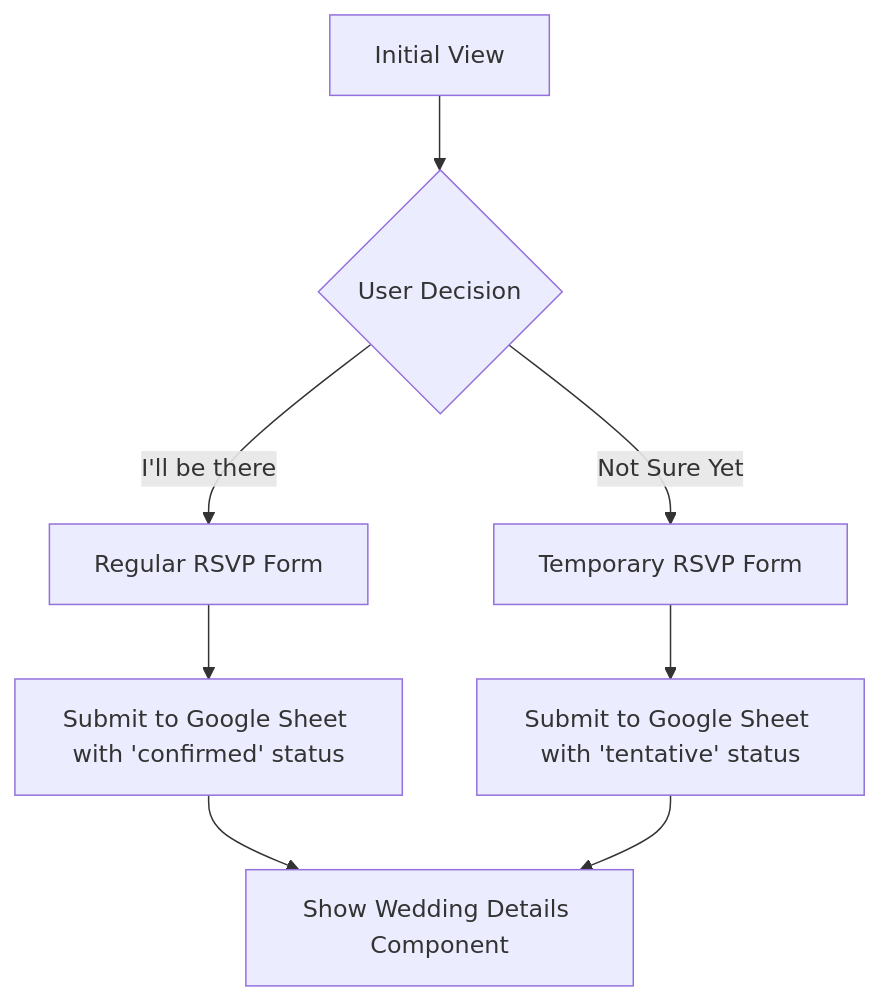
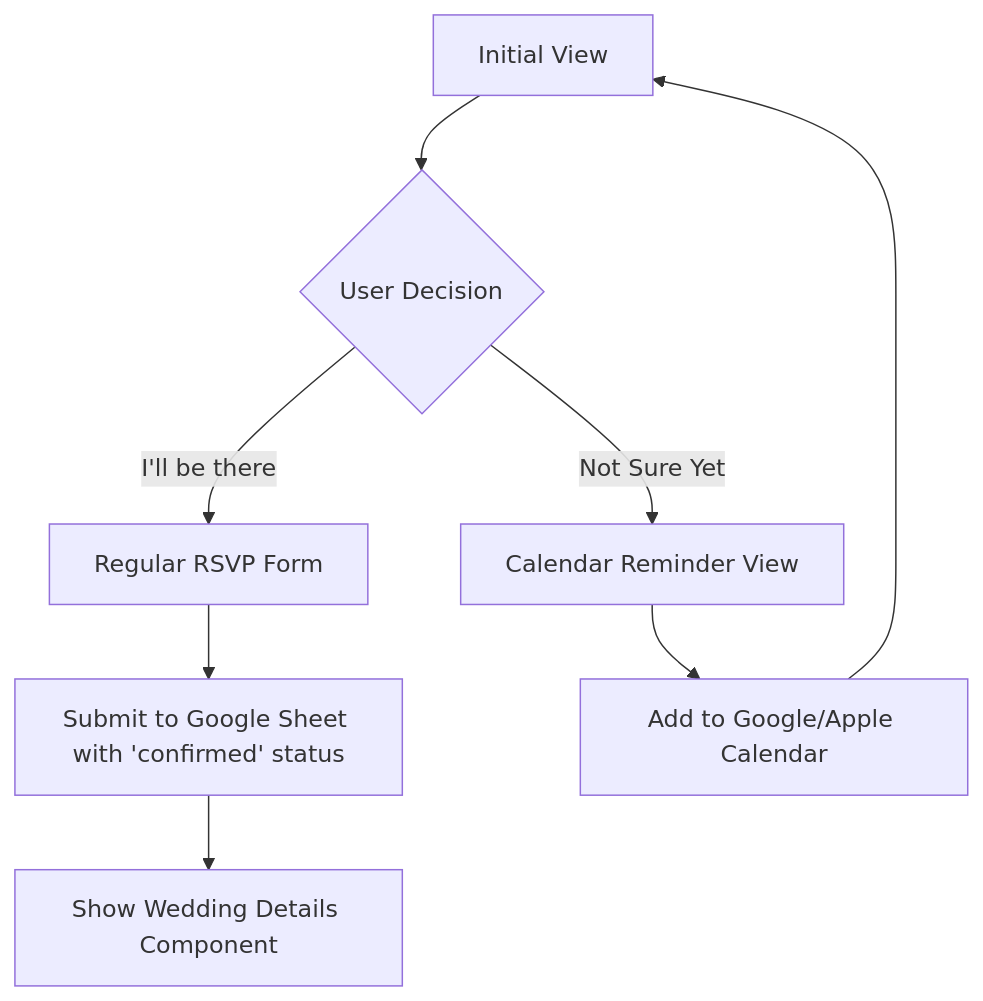
Before and after one commit to mangodevio/RSVP: the first of 4 diagrams in README.md, drawn with Mermaid. The commit also changed other lines of this file and 1 other file, not shown here.

````diff
--- a/README.md
+++ b/README.md
@@ -19,10 +20,10 @@
 ```mermaid
 flowchart TD
     A[Initial View] --> B{User Decision}
     B -->|"I'll be there"| C[Regular RSVP Form]
-    B -->|"Not Sure Yet"| D[Temporary RSVP Form]
+    B -->|"Not Sure Yet"| D[Calendar Reminder View]
     C --> E[Submit to Google Sheet with 'confirmed' status]
-    D --> F[Submit to Google Sheet with 'tentative' status]
+    D --> F[Add to Google/Apple Calendar]
     E --> G[Show Wedding Details Component]
-    F --> G
+    F --> A
 ```
````
